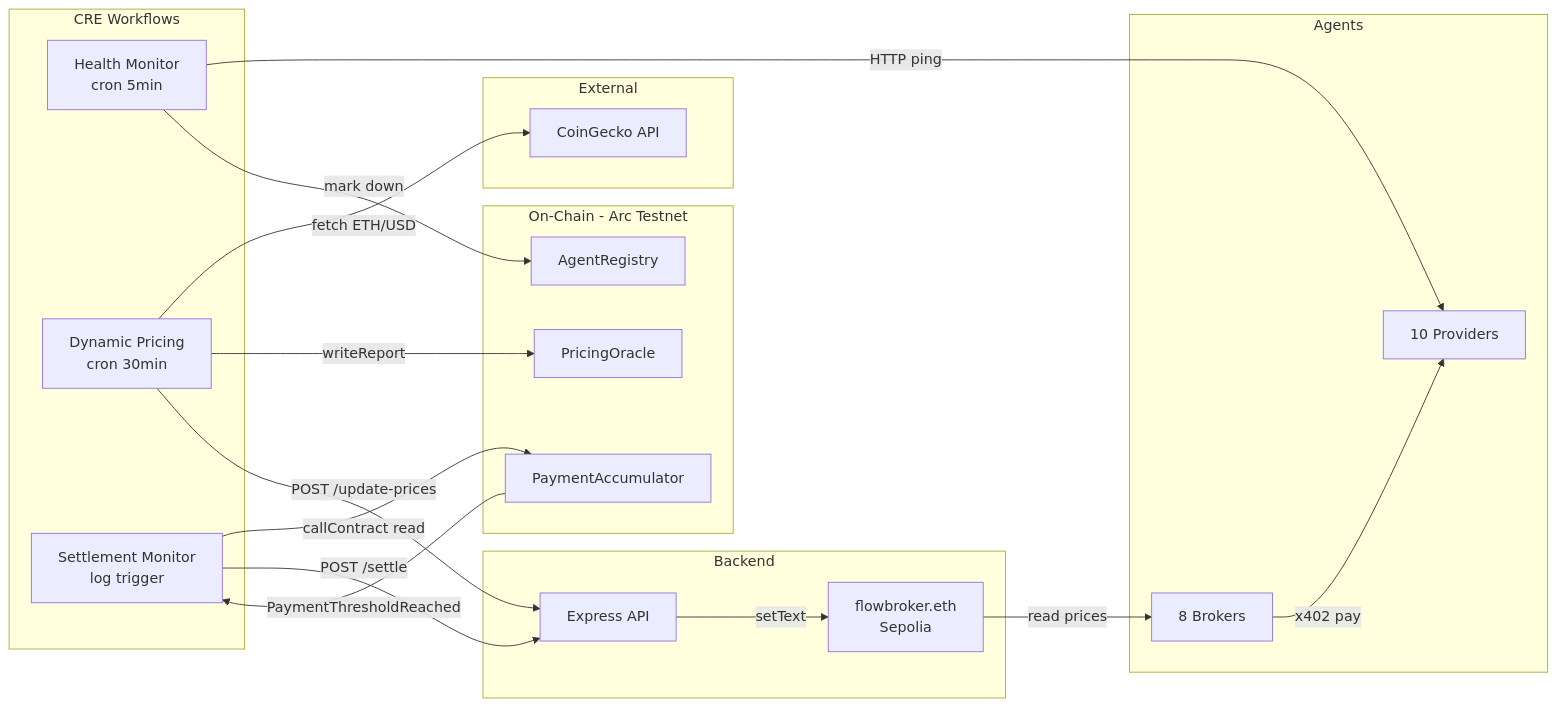
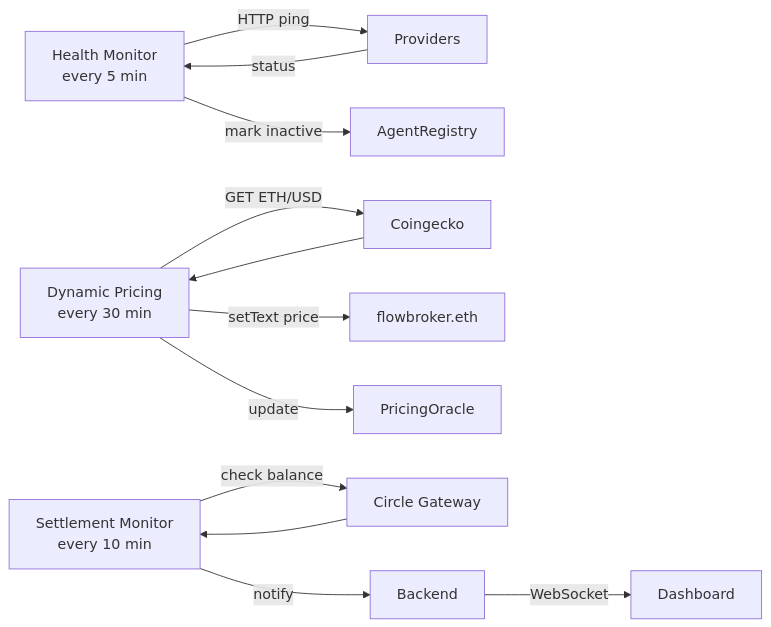
One commit to JulioMCruz/Flow-Broker changed the diagram in chainlink/README.md. Above: the diagram before and after it, drawn with Mermaid. The commit also changed other lines of this file and 4 other files, not shown here.

````diff
--- a/chainlink/README.md
+++ b/chainlink/README.md
@@ -7,42 +7,16 @@
 ```mermaid
 graph LR
-    subgraph CRE Workflows
-        HM[Health Monitor<br/>cron 5min]
-        DP[Dynamic Pricing<br/>cron 30min]
-        SM[Settlement Monitor<br/>log trigger]
-    end
+    CRE1[Health Monitor<br/>every 5 min] -->|HTTP ping| Providers
+    Providers -->|status| CRE1
+    CRE1 -->|mark inactive| AR[AgentRegistry]
 
-    subgraph External
-        CG[CoinGecko API]
-    end
+    CRE2[Dynamic Pricing<br/>every 30 min] -->|GET ETH/USD| Coingecko
+    Coingecko --> CRE2
+    CRE2 -->|setText price| ENS[flowbroker.eth]
+    CRE2 -->|update| PO[PricingOracle]
 
-    subgraph On-Chain - Arc Testnet
-        PO[PricingOracle]
-        PA[PaymentAccumulator]
-        AR[AgentRegistry]
-    end
-
-    subgraph Backend
-        BE[Express API]
-        ENS[flowbroker.eth<br/>Sepolia]
-    end
-
-    subgraph Agents
-        BR[8 Brokers]
-        PR[10 Providers]
-    end
-
-    HM -->|HTTP ping| PR
-    HM -->|mark down| AR
-
-    DP -->|fetch ETH/USD| CG
-    DP -->|writeReport| PO
-    DP -->|POST /update-prices| BE
-    BE -->|setText| ENS
-    ENS -->|read prices| BR
-    BR -->|x402 pay| PR
-
-    PA -->|PaymentThresholdReached| SM
-    SM -->|callContract read| PA
-    SM -->|POST /settle| BE
+    CRE3[Settlement Monitor<br/>every 10 min] -->|check balance| GW[Circle Gateway]
+    GW --> CRE3
+    CRE3 -->|notify| Backend
+    Backend -->|WebSocket| Dashboard
 ```
````
